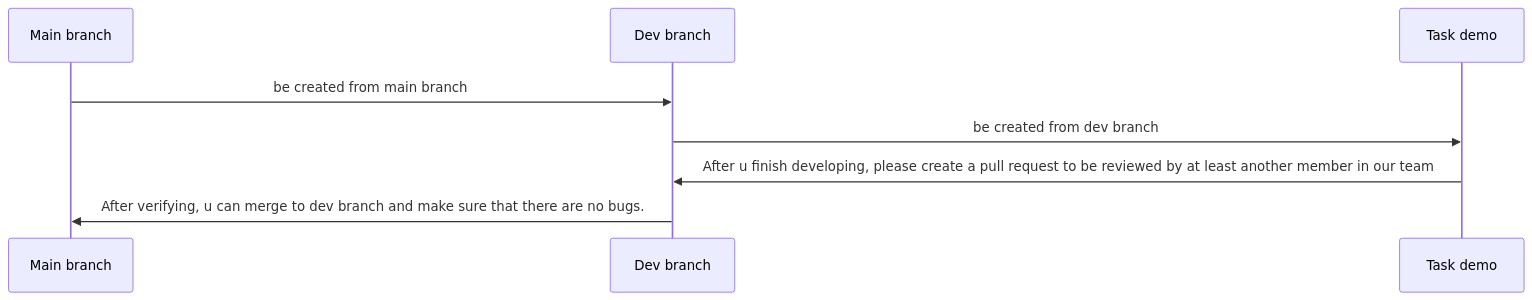
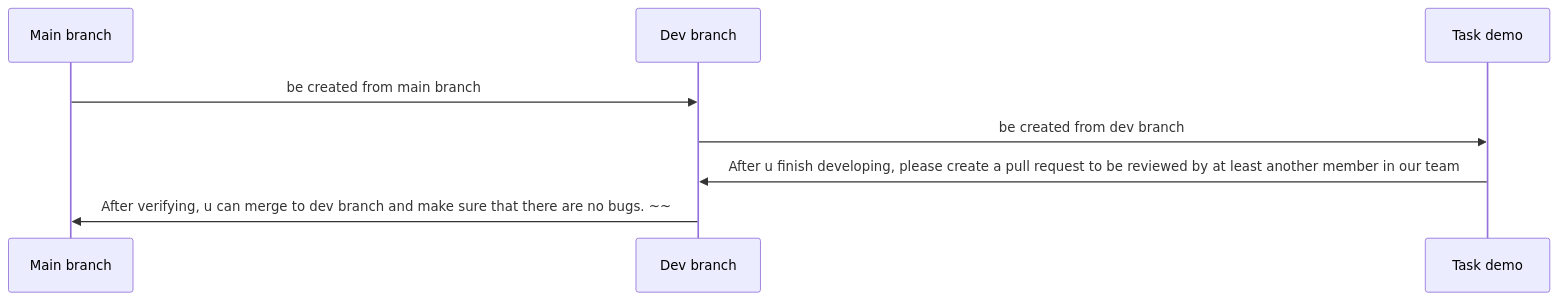
Before and after one commit to thaihiepnguyen/Math2-AR-UnityGame: the diagram in README.md, drawn with Mermaid.

Commit message:
setup: edit readme

````diff
--- a/README.md
+++ b/README.md
@@ -21,10 +21,10 @@
 ```mermaid
 sequenceDiagram
     participant Main branch
     participant Dev branch
     participant Task demo
     Main branch->>Dev branch: be created from main branch
     Dev branch->>Task demo: be created from dev branch
     Task demo->> Dev branch: After u finish developing, please create a pull request to be reviewed by at least another member in our team
-    Dev branch->> Main branch: After verifying, u can merge to dev branch and make sure that there are no bugs.
+    Dev branch->> Main branch: After verifying, u can merge to dev branch and make sure that there are no bugs. ~~
 ```
````
